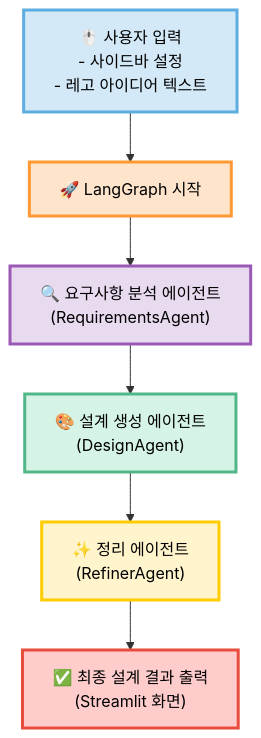
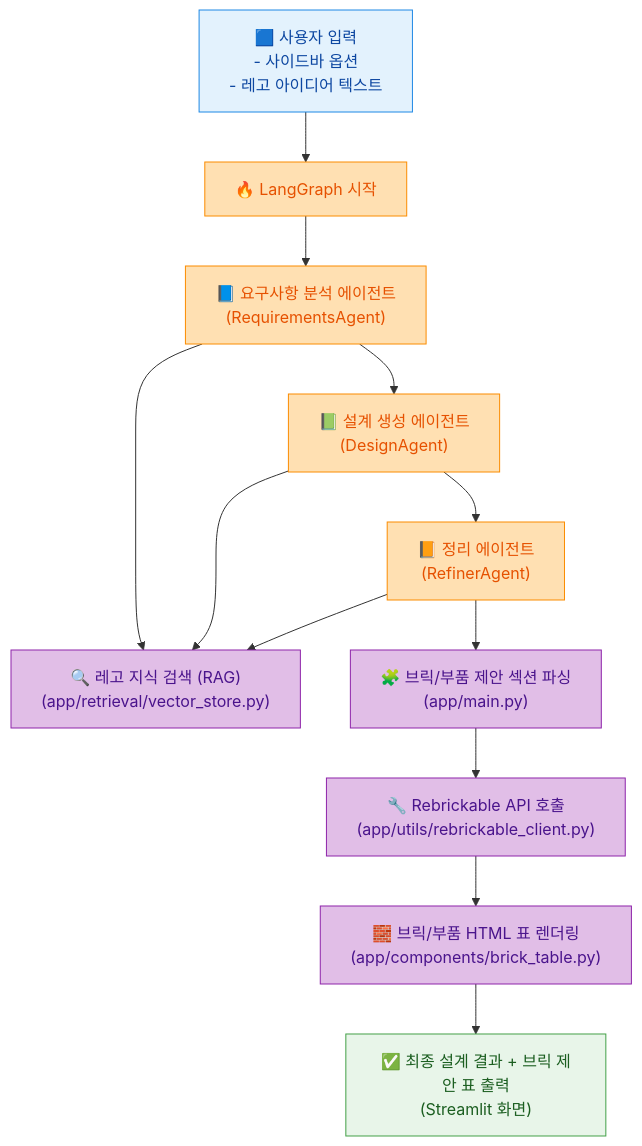
One commit to pcmola/lego-ai-service changed the first of 2 diagrams in README.md. Above: the diagram before and after it, drawn with Mermaid. The commit also changed other lines of this file and 2 other files, not shown here.

````diff
--- a/README.md
+++ b/README.md
@@ -53,22 +53,31 @@
 ```mermaid
 flowchart TD
-    Input["🖱️ 사용자 입력<br/>- 사이드바 설정<br/>- 레고 아이디어 텍스트"]
-    Start["🚀 LangGraph 시작"]
-    Agent1["🔍 요구사항 분석 에이전트<br/>(RequirementsAgent)"]
-    Agent2["🎨 설계 생성 에이전트<br/>(DesignAgent)"]
-    Agent3["✨ 정리 에이전트<br/>(RefinerAgent)"]
-    Output["✅ 최종 설계 결과 출력<br/>(Streamlit 화면)"]
+    %% ===================== 스타일 정의 =====================
+    classDef input fill:#E3F2FD,stroke:#1E88E5,stroke-width:1px,color:#0D47A1;
+    classDef agent fill:#FFE0B2,stroke:#FB8C00,stroke-width:1px,color:#E65100;
+    classDef rag fill:#E1BEE7,stroke:#8E24AA,stroke-width:1px,color:#4A148C;
+    classDef output fill:#E8F5E9,stroke:#43A047,stroke-width:1px,color:#1B5E20;
 
-    Input --> Start
-    Start --> Agent1
-    Agent1 --> Agent2
-    Agent2 --> Agent3
-    Agent3 --> Output
+    %% ===================== 노드 정의 =====================
+    Input["🟦 사용자 입력<br/>- 사이드바 옵션<br/>- 레고 아이디어 텍스트"]:::input
+    Start["🔥 LangGraph 시작"]:::agent
 
-    style Input fill:#d4e9f7,stroke:#5dade2,stroke-width:3px,color:#000000
-    style Start fill:#ffe4cc,stroke:#ff9933,stroke-width:3px,color:#000000
-    style Agent1 fill:#e8daef,stroke:#9b59b6,stroke-width:3px,color:#000000
-    style Agent2 fill:#d5f4e6,stroke:#52b788,stroke-width:3px,color:#000000
-    style Agent3 fill:#fff4cc,stroke:#ffcc00,stroke-width:3px,color:#000000
-    style Output fill:#ffcccc,stroke:#e74c3c,stroke-width:3px,color:#000000
+    A1["📘 요구사항 분석 에이전트<br/>(RequirementsAgent)"]:::agent
+    A2["📗 설계 생성 에이전트<br/>(DesignAgent)"]:::agent
+    A3["📙 정리 에이전트<br/>(RefinerAgent)"]:::agent
+
+    RAG["🔍 레고 지식 검색 (RAG)<br/>(app/retrieval/vector_store.py)"]:::rag
+    P["🧩 브릭/부품 제안 섹션 파싱<br/>(app/main.py)"]:::rag
+    Rb["🔧 Rebrickable API 호출<br/>(app/utils/rebrickable_client.py)"]:::rag
+    T["🧱 브릭/부품 HTML 표 렌더링<br/>(app/components/brick_table.py)"]:::rag
+
+    Out["✅ 최종 설계 결과 + 브릭 제안 표 출력<br/>(Streamlit 화면)"]:::output
+
+    %% ===================== 플로우 =====================
+    Input --> Start --> A1 --> A2 --> A3 --> P --> Rb --> T --> Out
+
+    A1 --> RAG
+    A2 --> RAG
+    A3 --> RAG
+
 ```
````
